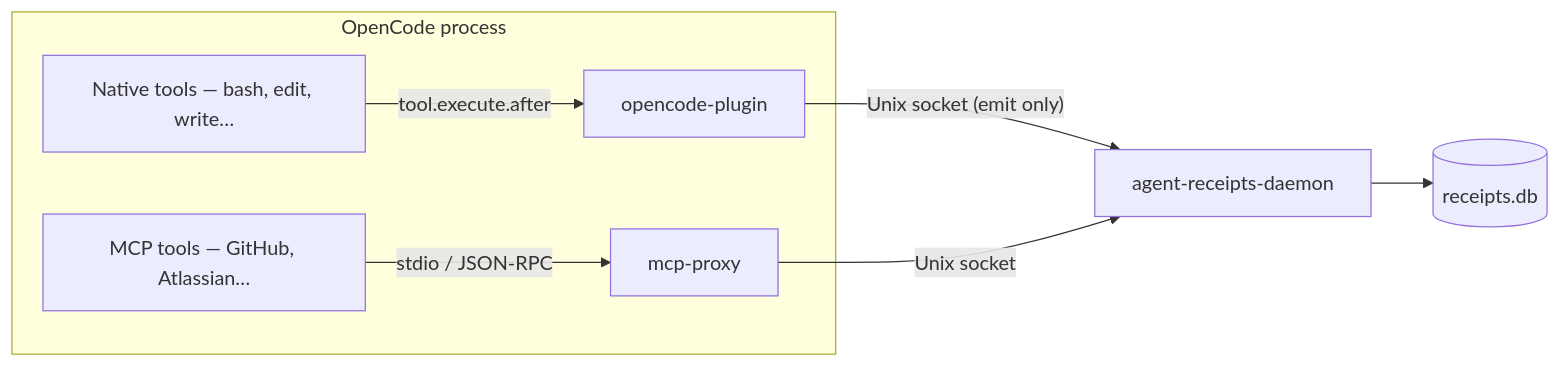
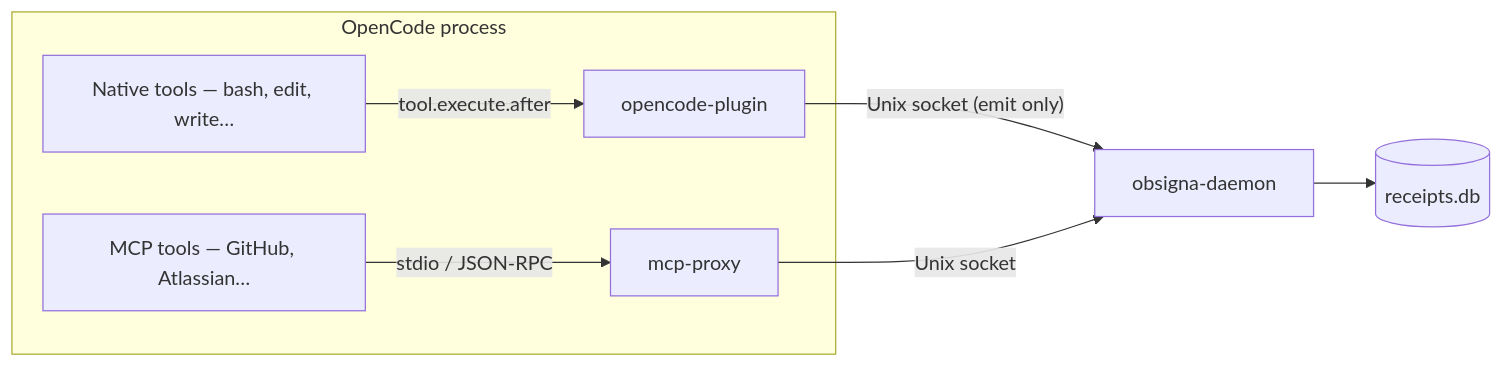
The diagram in site-obsigna/src/content/docs/opencode/overview.mdx (agent-receipts/obsigna), drawn with Mermaid before and after one commit. The commit also changed other lines of this file and 2 other files, not shown here.

Commit message:
docs(opencode): rename stale agent-receipts CLI to obsigna (#938)
The OpenCode integration pages still referenced the pre-rename binary
names: agent-receipts-daemon and bare agent-receipts verify/list/show.
Update them to obsigna-daemon and obsigna receipt verify/list/show to
match the current CLI (and the rest of the site). Also rename the
example plugin file to .opencode/plugin/obsigna.ts.

The did:agent-receipts-daemon:local issuer DID is left unchanged -- it
is the daemon's actual default identity value, not a binary name.

````diff
--- a/site-obsigna/src/content/docs/opencode/overview.mdx
+++ b/site-obsigna/src/content/docs/opencode/overview.mdx
@@ -11,10 +11,10 @@
 ```mermaid
 graph LR
   subgraph oc["OpenCode process"]
     T1[Native tools — bash, edit, write…] -- "tool.execute.after" --> PL[opencode-plugin]
     T2[MCP tools — GitHub, Atlassian…] -- "stdio / JSON-RPC" --> P[mcp-proxy]
   end
-  PL -- "Unix socket (emit only)" --> D[agent-receipts-daemon]
+  PL -- "Unix socket (emit only)" --> D[obsigna-daemon]
   P -- "Unix socket" --> D
   D --> DB[(receipts.db)]
 ```
````
